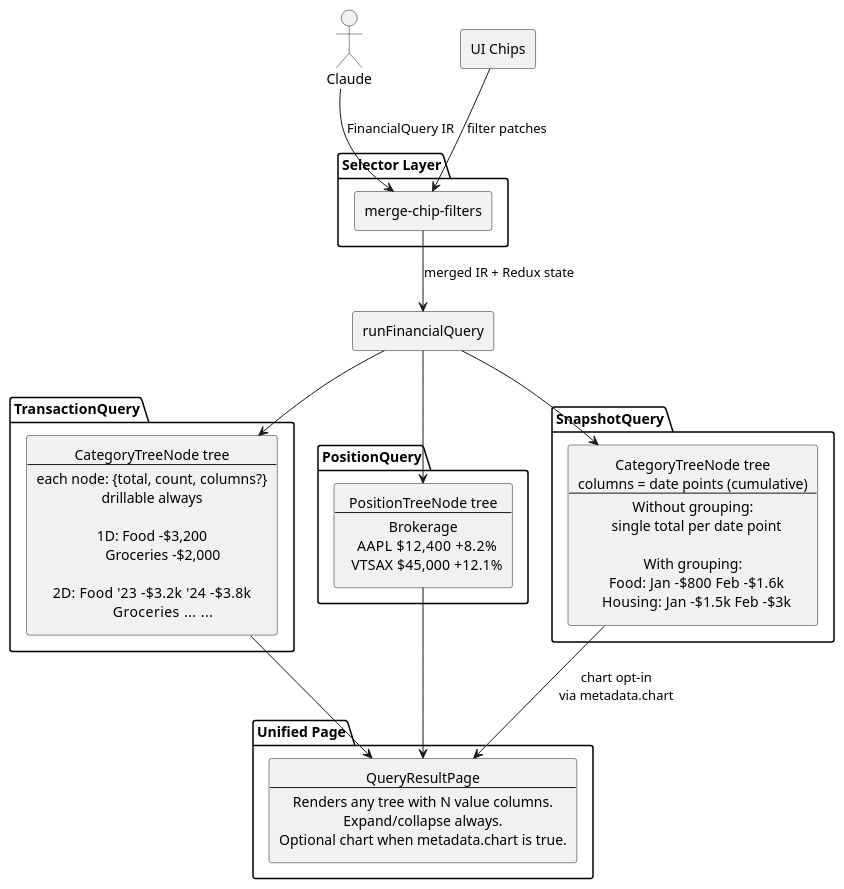
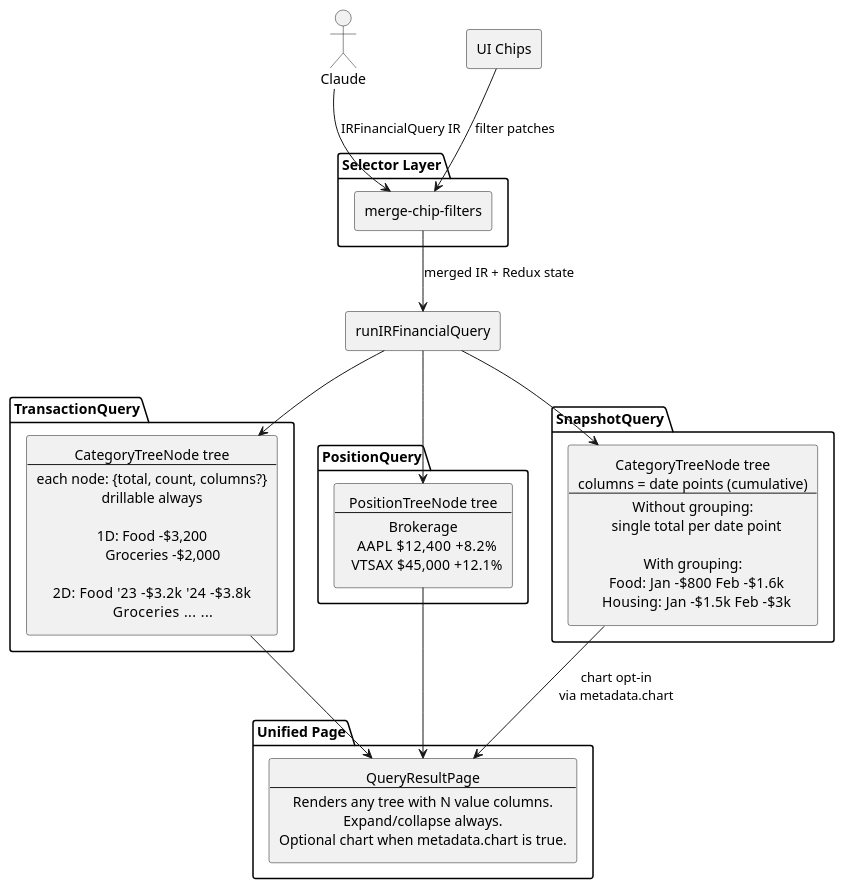
The diagram in docs/architecture/query-engine-flow.puml (graffio/street-curb), drawn with PlantUML before and after one commit. The commit also changed 18 other files, not shown here.

First line of the commit message:
Rename FinancialQuery → IRFinancialQuery for naming consistency

```diff
--- a/docs/architecture/query-engine-flow.puml
+++ b/docs/architecture/query-engine-flow.puml
@@ -1,44 +1,44 @@
 @startuml "Query Engine Data Flow"
 
 skinparam componentStyle rectangle
 skinparam defaultTextAlignment center
 
 actor Claude
 component "UI Chips" as Chips
 
 package "Selector Layer" {
     component "merge-chip-filters" as Merge
 }
 
-component "runFinancialQuery" as RFQ
+component "runIRFinancialQuery" as RFQ
 
 package "TransactionQuery" {
     component "CategoryTreeNode tree\n---\neach node: {total, count, columns?}\ndrillable always\n\n1D: Food -$3,200\n      Groceries -$2,000\n\n2D: Food  '23 -$3.2k  '24 -$3.8k\n      Groceries  ...  ..." as TxnTree
 }
 
 package "PositionQuery" {
     component "PositionTreeNode tree\n---\nBrokerage\n  AAPL  $12,400  +8.2%\n  VTSAX $45,000  +12.1%" as PTree
 }
 
 package "SnapshotQuery" {
     component "CategoryTreeNode tree\ncolumns = date points (cumulative)\n---\nWithout grouping:\n  single total per date point\n\nWith grouping:\n  Food: Jan -$800  Feb -$1.6k\n  Housing: Jan -$1.5k  Feb -$3k" as Snap
 }
 
 package "Unified Page" {
     component "QueryResultPage\n---\nRenders any tree with N value columns.\nExpand/collapse always.\nOptional chart when metadata.chart is true." as QRP
 }
 
-Claude --> Merge : FinancialQuery IR
+Claude --> Merge : IRFinancialQuery IR
 Chips --> Merge : filter patches
 
 Merge --> RFQ : merged IR + Redux state
 
 RFQ --> TxnTree
 RFQ --> PTree
 RFQ --> Snap
 
 TxnTree --> QRP
 PTree --> QRP
 Snap --> QRP : "chart opt-in\nvia metadata.chart"
 
 @enduml
```
